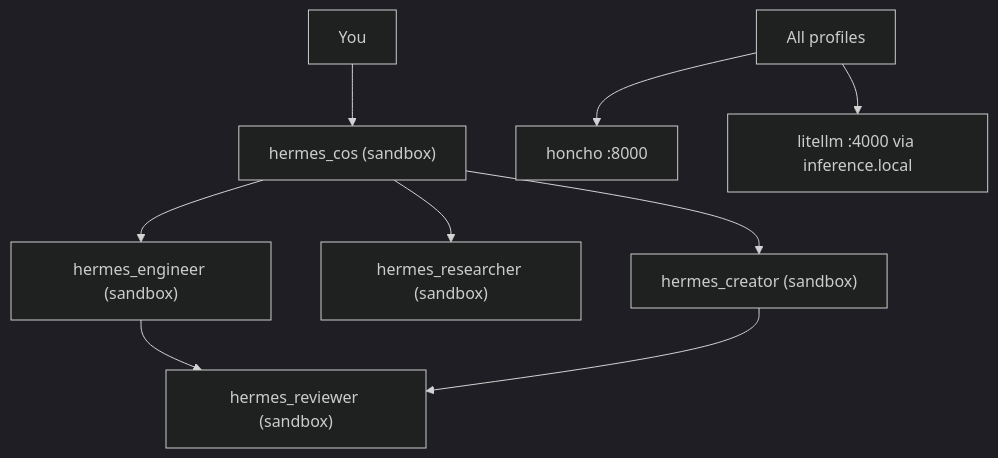
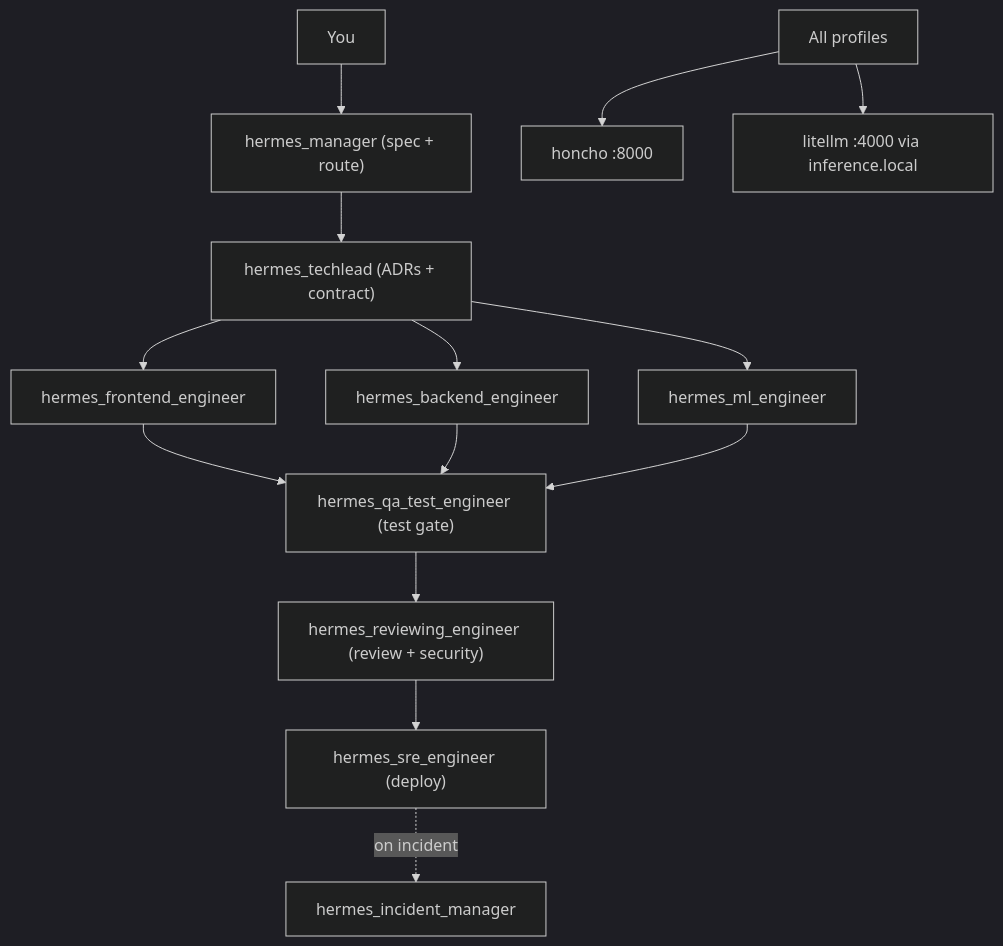
The tenth of 21 diagrams in doc/STACK-GUIDE.md (mayssamj/versatile-ai-stack), drawn with Mermaid (dark theme) before and after one commit. The commit also changed other lines of this file and 17 other files, not shown here.

````diff
--- a/doc/STACK-GUIDE.md
+++ b/doc/STACK-GUIDE.md
@@ -538,11 +549,16 @@
 ```mermaid
 flowchart TB
-  You --> COS["hermes_cos (sandbox)"]
-  COS --> ENG["hermes_engineer (sandbox)"]
-  COS --> RES["hermes_researcher (sandbox)"]
-  COS --> CRE["hermes_creator (sandbox)"]
-  ENG --> REV["hermes_reviewer (sandbox)"]
-  CRE --> REV
+  You --> MGR["hermes_manager (spec + route)"]
+  MGR --> TL["hermes_techlead (ADRs + contract)"]
+  TL --> FE["hermes_frontend_engineer"]
+  TL --> BE["hermes_backend_engineer"]
+  TL --> ML["hermes_ml_engineer"]
+  FE --> QA["hermes_qa_test_engineer (test gate)"]
+  BE --> QA
+  ML --> QA
+  QA --> RE["hermes_reviewing_engineer (review + security)"]
+  RE --> SRE["hermes_sre_engineer (deploy)"]
+  SRE -. on incident .-> IM["hermes_incident_manager"]
   all[All profiles] --> Honcho[honcho :8000]
   all --> LL[litellm :4000 via inference.local]
 ```
````
